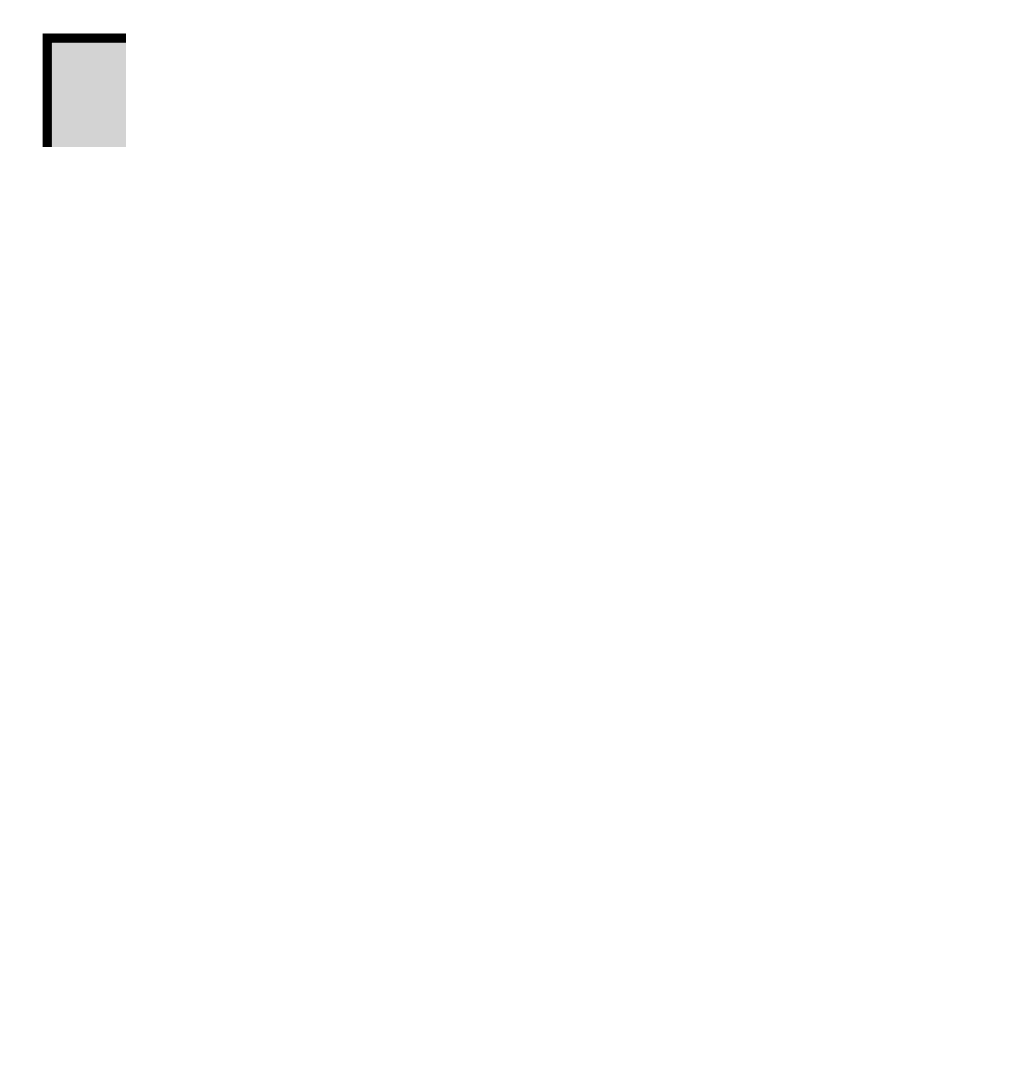
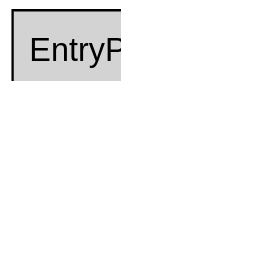
The diagram in RoboPlant.Server/ApiMap/RoboPlantApiMap.dot (MathiasReichardt/RoboPlant), drawn with Graphviz before and after one commit. The commit also changed 1 other file, not shown here.

```diff
--- a/RoboPlant.Server/ApiMap/RoboPlantApiMap.dot
+++ b/RoboPlant.Server/ApiMap/RoboPlantApiMap.dot
@@ -1,14 +1,14 @@
 /* no self links */
 
 Digraph {
-    graph [ dpi = 600 ]; 
+    graph [ dpi = 300 ]; 
     labelloc="t";
     labeljust=left;
     fontname="arial"
 
     rankdir=TB
     node [shape=box,style=filled, fontname = "arial"];
     edge [fontname = "arial"];
 
-    EntyrPoint -> Production[label="production"];
+    EntryPoint -> Production[label="production"];
 }
```
